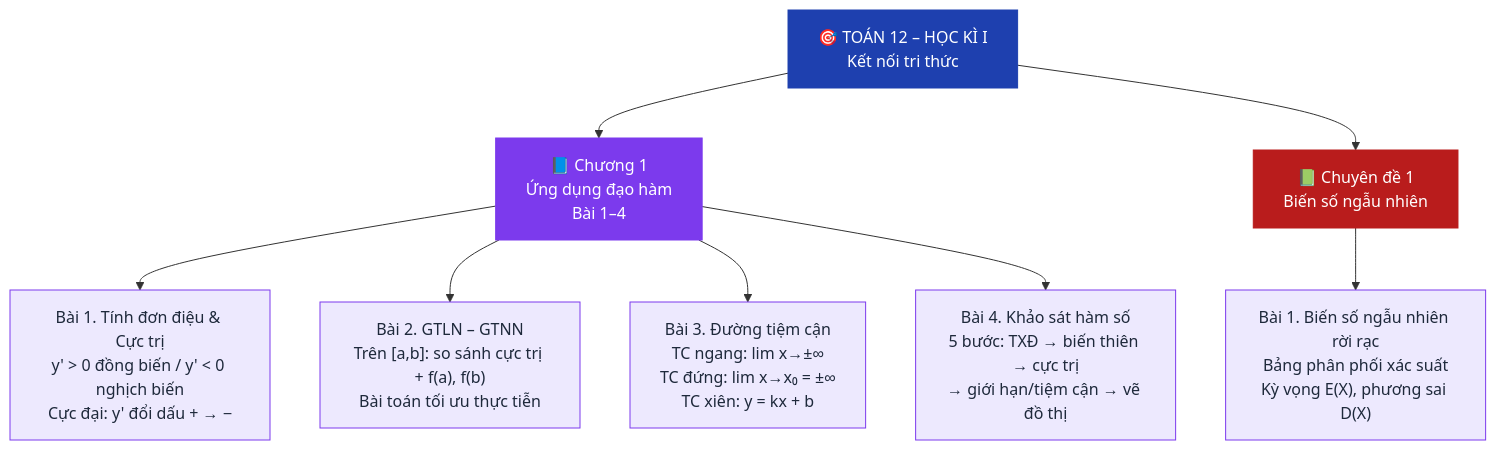
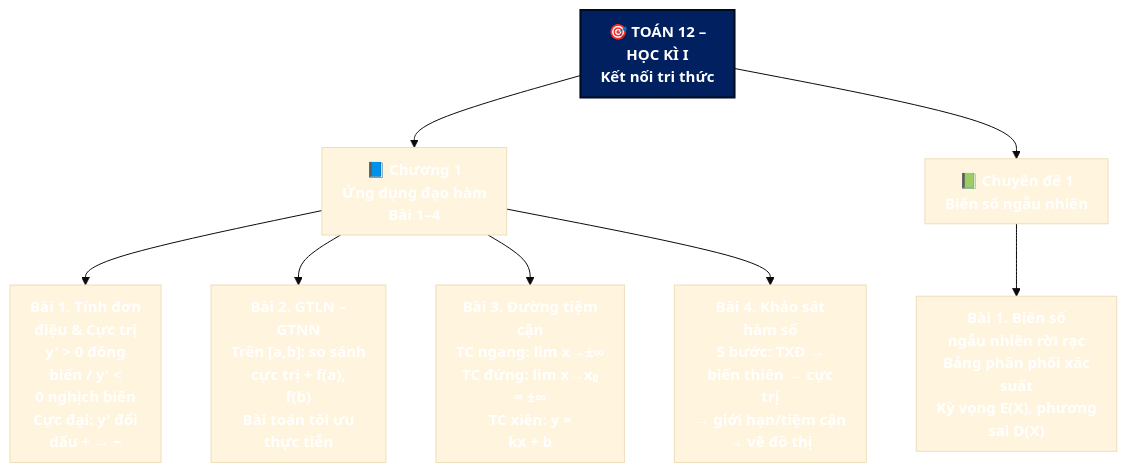
Before and after one commit to Trangtu66/Taode_thi_online: the third of 30 diagrams in README.md, drawn with Mermaid. The commit also changed other lines of this file and 299 other files, not shown here.

````diff
--- a/README.md
+++ b/README.md
@@ -123,18 +135,26 @@
 ```mermaid
+%%{init: {"theme": "base", "htmlLabels": true, "flowchart": {"htmlLabels": true, "padding": 10, "curve": "basis"}, "themeVariables": {"fontSize": "15px"}}}%%
 graph TD
-    T12["🎯 TOÁN 12 – HỌC KÌ I<br/>Kết nối tri thức"]:::root
+    T12["🎯 TOÁN 12 –<br/>HỌC KÌ I<br/>Kết nối tri thức"]:::root
     T12 --> CH1["📘 Chương 1<br/>Ứng dụng đạo hàm<br/>Bài 1–4"]:::nhom1
     T12 --> CD1["📗 Chuyên đề 1<br/>Biến số ngẫu nhiên"]:::nhom2
 
-    CH1 --> T1["Bài 1. Tính đơn điệu & Cực trị<br/>y' > 0 đồng biến / y' < 0 nghịch biến<br/>Cực đại: y' đổi dấu + → −"]:::bai
-    CH1 --> T2["Bài 2. GTLN – GTNN<br/>Trên [a,b]: so sánh cực trị + f(a), f(b)<br/>Bài toán tối ưu thực tiễn"]:::bai
-    CH1 --> T3["Bài 3. Đường tiệm cận<br/>TC ngang: lim x→±∞<br/>TC đứng: lim x→x₀ = ±∞<br/>TC xiên: y = kx + b"]:::bai
-    CH1 --> T4["Bài 4. Khảo sát hàm số<br/>5 bước: TXĐ → biến thiên → cực trị<br/>→ giới hạn/tiệm cận → vẽ đồ thị"]:::bai
+    CH1 --> T1["Bài 1. Tính đơn<br/>điệu & Cực trị<br/>y' > 0 đồng<br/>biến / y' <<br/>0 nghịch biến<br/>Cực đại: y' đổi<br/>dấu + → −"]:::bai
+    CH1 --> T2["Bài 2. GTLN –<br/>GTNN<br/>Trên [a,b]: so sánh<br/>cực trị + f(a),<br/>f(b)<br/>Bài toán tối ưu<br/>thực tiễn"]:::bai
+    CH1 --> T3["Bài 3. Đường tiệm<br/>cận<br/>TC ngang: lim x→±∞<br/>TC đứng: lim x→x₀<br/>= ±∞<br/>TC xiên: y =<br/>kx + b"]:::bai
+    CH1 --> T4["Bài 4. Khảo sát<br/>hàm số<br/>5 bước: TXĐ →<br/>biến thiên → cực<br/>trị<br/>→ giới hạn/tiệm cận<br/>→ vẽ đồ thị"]:::bai
 
-    CD1 --> C1["Bài 1. Biến số ngẫu nhiên rời rạc<br/>Bảng phân phối xác suất<br/>Kỳ vọng E(X), phương sai D(X)"]:::bai
+    CD1 --> C1["Bài 1. Biến số<br/>ngẫu nhiên rời rạc<br/>Bảng phân phối xác<br/>suất<br/>Kỳ vọng E(X), phương<br/>sai D(X)"]:::bai
 
-    classDef root  fill:#1E40AF,color:#fff,stroke:#1E40AF
-    classDef nhom1 fill:#7C3AED,color:#fff,stroke:#7C3AED
-    classDef nhom2 fill:#B91C1C,color:#fff,stroke:#B91C1C
-    classDef bai   fill:#EDE9FE,color:#1E293B,stroke:#7C3AED
+    classDef root fill:#002060,color:#FFFFFF,stroke:#000B1E,stroke-width:2px,font-weight:bold
+    classDef n1 fill:#E2EFDA,color:#000000,stroke:#375623,stroke-width:3px,font-weight:bold
+    classDef n2 fill:#FFF2CC,color:#000000,stroke:#BF8F00,stroke-width:3px,font-weight:bold
+    classDef n3 fill:#E2EFDA,color:#000000,stroke:#375623,stroke-width:3px,font-weight:bold
+    classDef n4 fill:#FFF2CC,color:#000000,stroke:#BF8F00,stroke-width:3px,font-weight:bold
+    classDef n5 fill:#E2EFDA,color:#000000,stroke:#375623,stroke-width:3px,font-weight:bold
+    classDef l1 fill:#EDF5E8,color:#000000,stroke:#548235
+    classDef l2 fill:#FFF8E1,color:#000000,stroke:#BF8F00
+    classDef l3 fill:#E3EEF9,color:#000000,stroke:#2F5597
+    classDef l4 fill:#F3E8F7,color:#000000,stroke:#7030A0
+    classDef l5 fill:#FDE9E1,color:#000000,stroke:#C55A11
 ```
````
